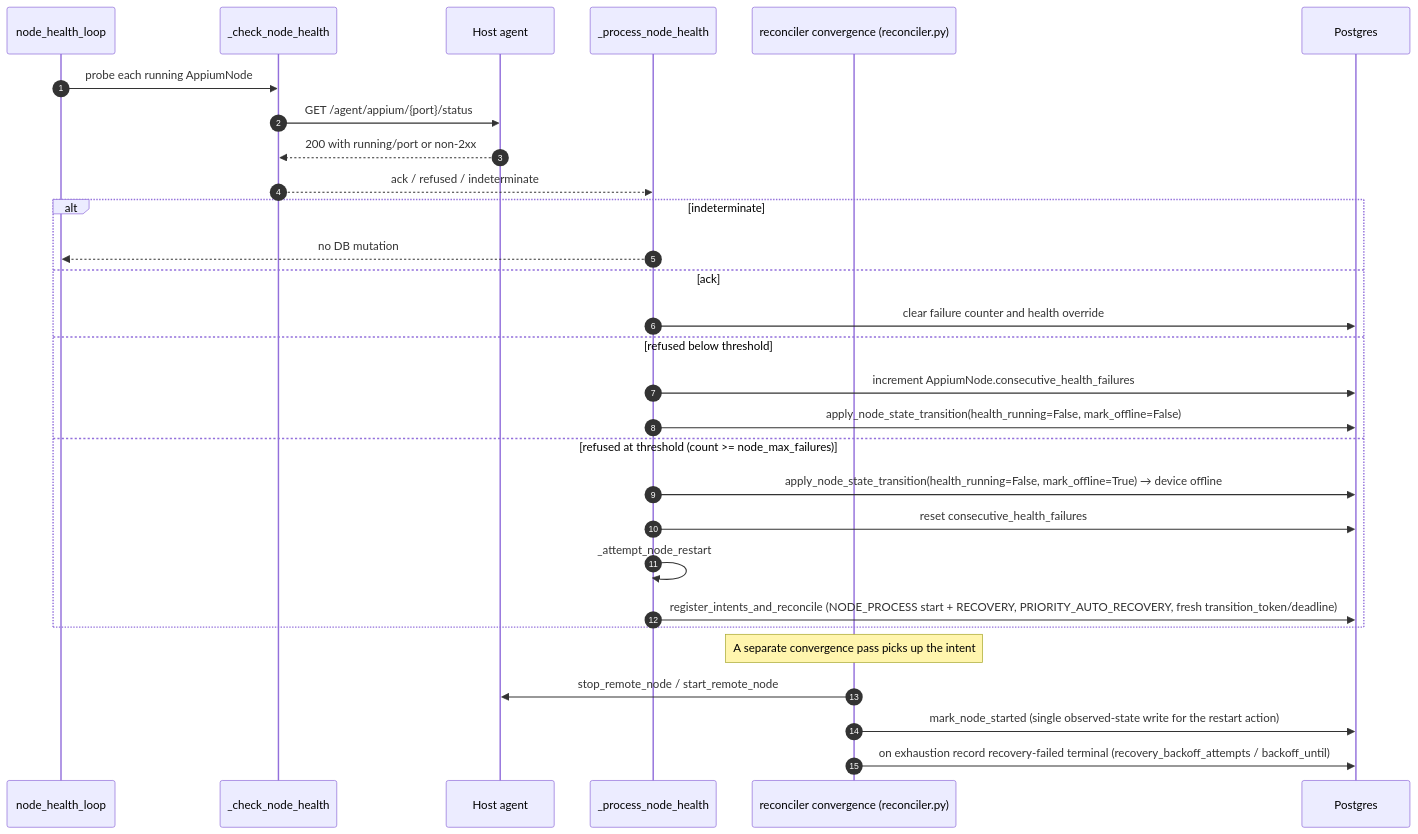
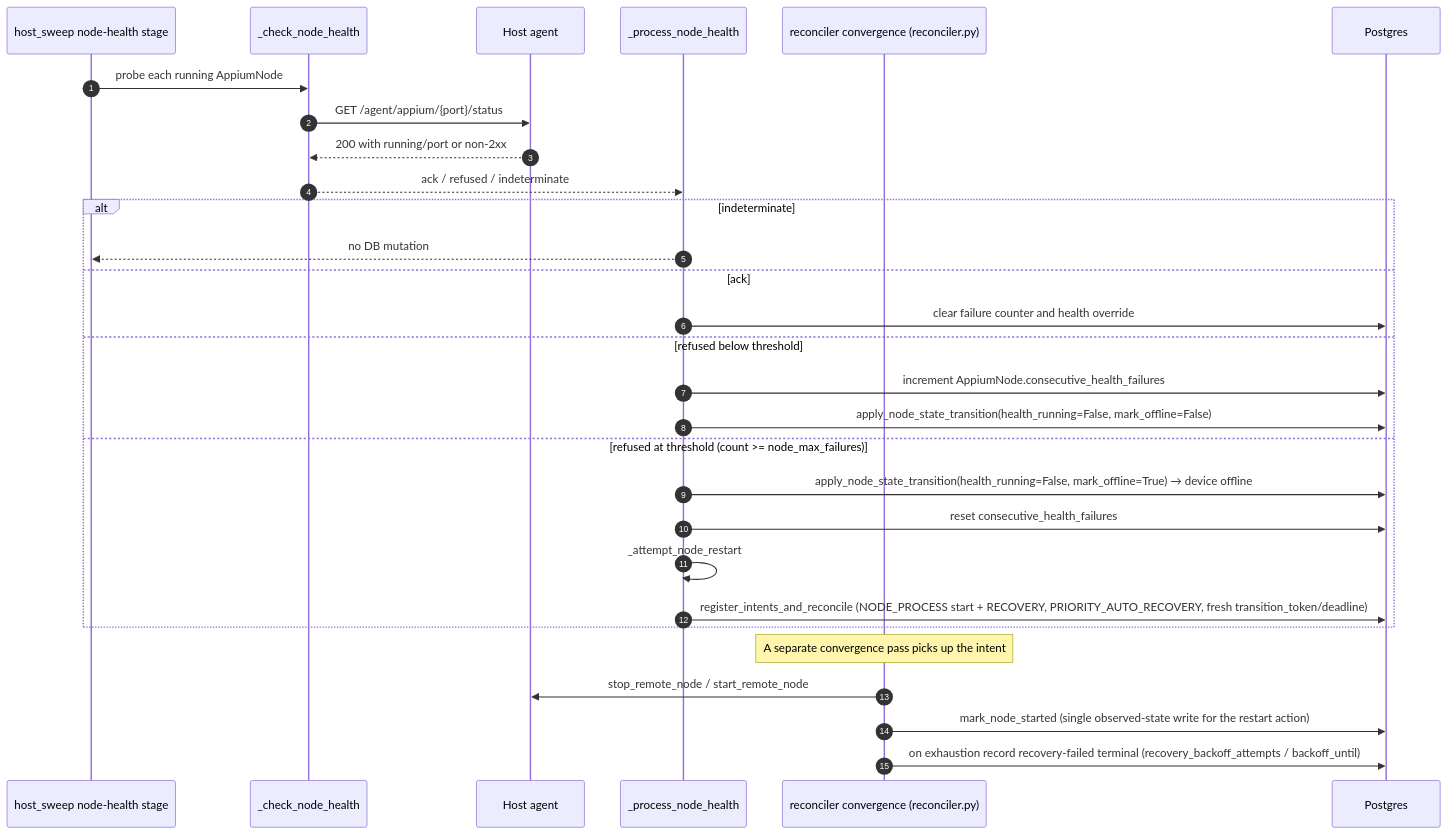
The fifth of 5 diagrams in docs/design/02-node-lifecycle.md (quidow/gridfleet), drawn with Mermaid before and after one commit. The commit also changed other lines of this file and 5 other files, not shown here.

First line of the commit message:
docs(docs): node_health folded into the host sweep

````diff
--- a/docs/design/02-node-lifecycle.md
+++ b/docs/design/02-node-lifecycle.md
@@ -188,32 +188,32 @@
 ```mermaid
 sequenceDiagram
     autonumber
-    participant L as node_health_loop
+    participant L as host_sweep node-health stage
     participant Probe as _check_node_health
     participant Agent as Host agent
     participant Process as _process_node_health
     participant Rec as reconciler convergence (reconciler.py)
     participant Pg as Postgres
 
     L->>Probe: probe each running AppiumNode
     Probe->>Agent: GET /agent/appium/{port}/status
     Agent-->>Probe: 200 with running/port or non-2xx
     Probe-->>Process: ack / refused / indeterminate
     alt indeterminate
         Process-->>L: no DB mutation
     else ack
         Process->>Pg: clear failure counter and health override
     else refused below threshold
         Process->>Pg: increment AppiumNode.consecutive_health_failures
         Process->>Pg: apply_node_state_transition(health_running=False, mark_offline=False)
     else refused at threshold (count >= node_max_failures)
         Process->>Pg: apply_node_state_transition(health_running=False, mark_offline=True) → device offline
         Process->>Pg: reset consecutive_health_failures
         Process->>Process: _attempt_node_restart
         Process->>Pg: register_intents_and_reconcile (NODE_PROCESS start + RECOVERY, PRIORITY_AUTO_RECOVERY, fresh transition_token/deadline)
     end
     Note over Rec: A separate convergence pass picks up the intent
     Rec->>Agent: stop_remote_node / start_remote_node
     Rec->>Pg: mark_node_started (single observed-state write for the restart action)
     Rec->>Pg: on exhaustion record recovery-failed terminal (recovery_backoff_attempts / backoff_until)
 ```
````
